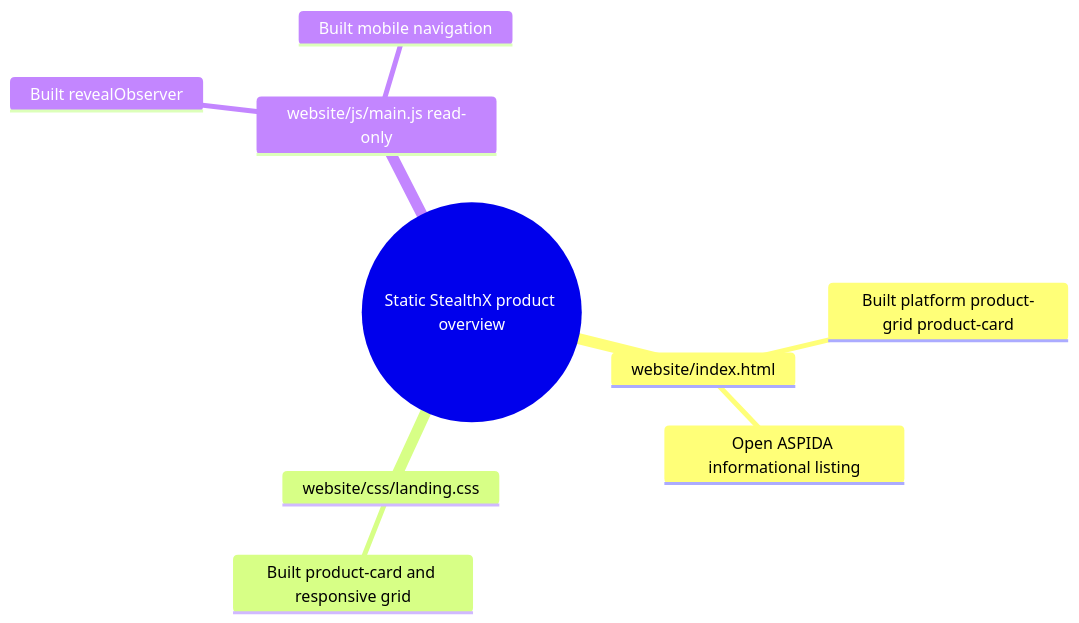
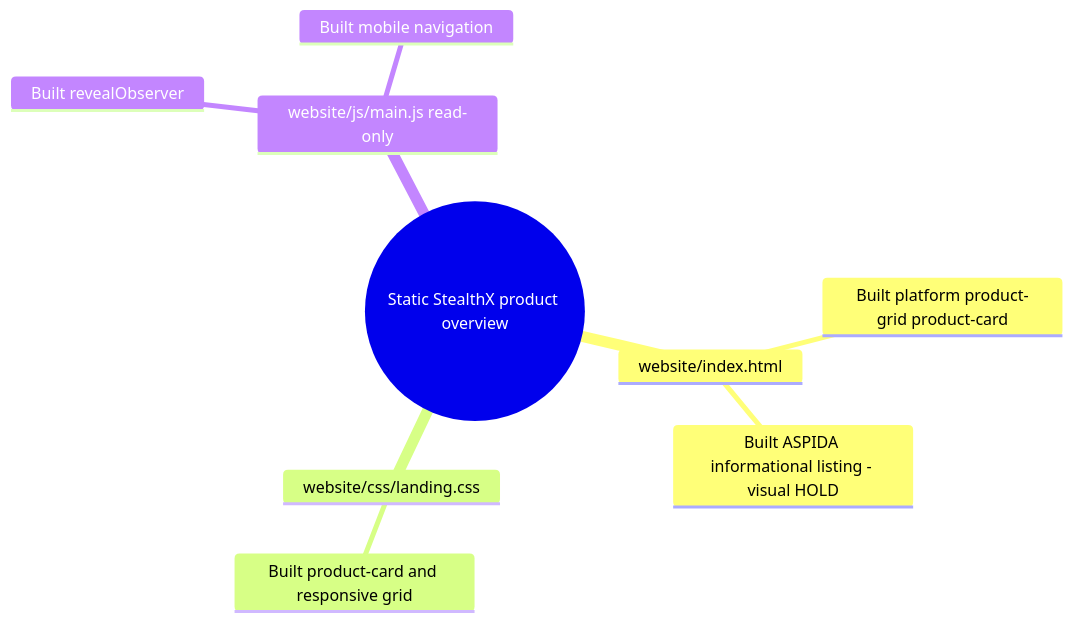
Before and after one commit to NeaBouli/stealth: the diagram in docs/architecture/MAP.md, drawn with Mermaid. The commit also changed other lines of this file and 5 other files, not shown here.

Commit message:
docs: record built ASPIDA website candidate and visual hold

````diff
--- a/docs/architecture/MAP.md
+++ b/docs/architecture/MAP.md
@@ -55,12 +56,12 @@
 ```mermaid
 mindmap
   root((Static StealthX product overview))
     website/index.html
       Built platform product-grid product-card
-      Open ASPIDA informational listing
+      Built ASPIDA informational listing - visual HOLD
     website/css/landing.css
       Built product-card and responsive grid
     website/js/main.js read-only
       Built revealObserver
       Built mobile navigation
 ```
````
